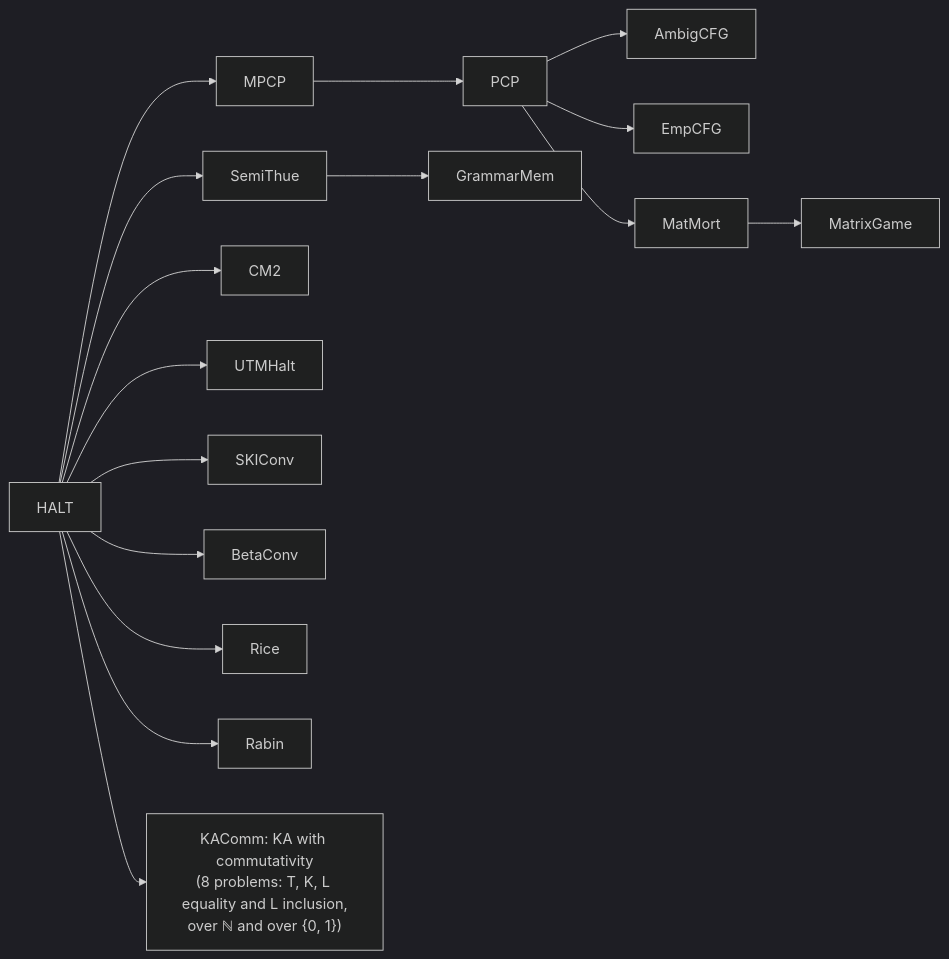
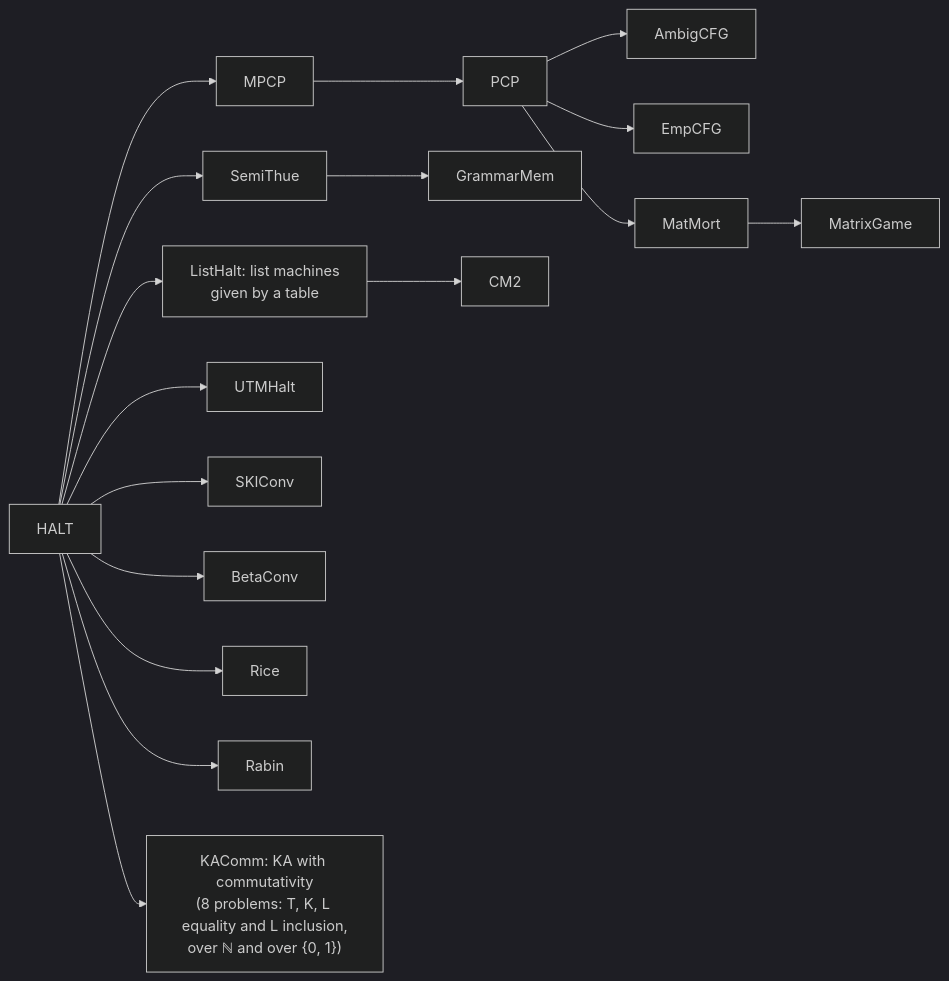
One commit to DiagonaLean/DiagonaLean changed the diagram in README.md. Above: the diagram before and after it, drawn with Mermaid (dark theme). The commit also changed 18 other files, not shown here.

````diff
--- a/README.md
+++ b/README.md
@@ -21,16 +21,16 @@
 ```mermaid
 graph LR
   HALT --> MPCP --> PCP
   HALT --> SemiThue --> GrammarMem
   PCP --> AmbigCFG
   PCP --> EmpCFG
   PCP --> MatMort
   MatMort --> MatrixGame
-  HALT --> CM2
+  HALT --> ListHalt["ListHalt: list machines<br/>given by a table"] --> CM2
   HALT --> UTMHalt
   HALT --> SKIConv
   HALT --> BetaConv
   HALT --> Rice
   HALT --> Rabin
   HALT --> KA["KAComm: KA with commutativity<br/>(8 problems: T, K, L equality and L inclusion,<br/>over ℕ and over {0, 1})"]
 ```
````
